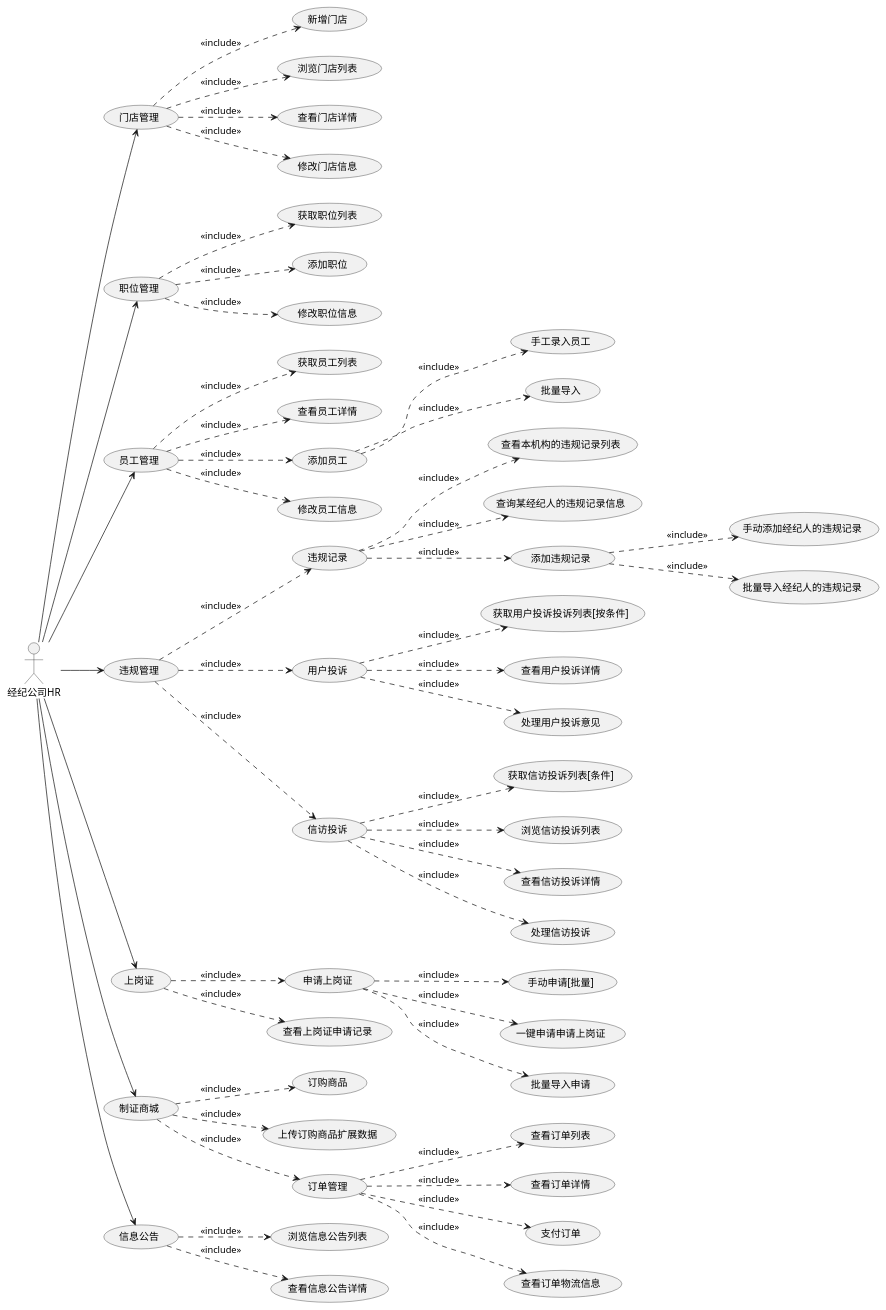
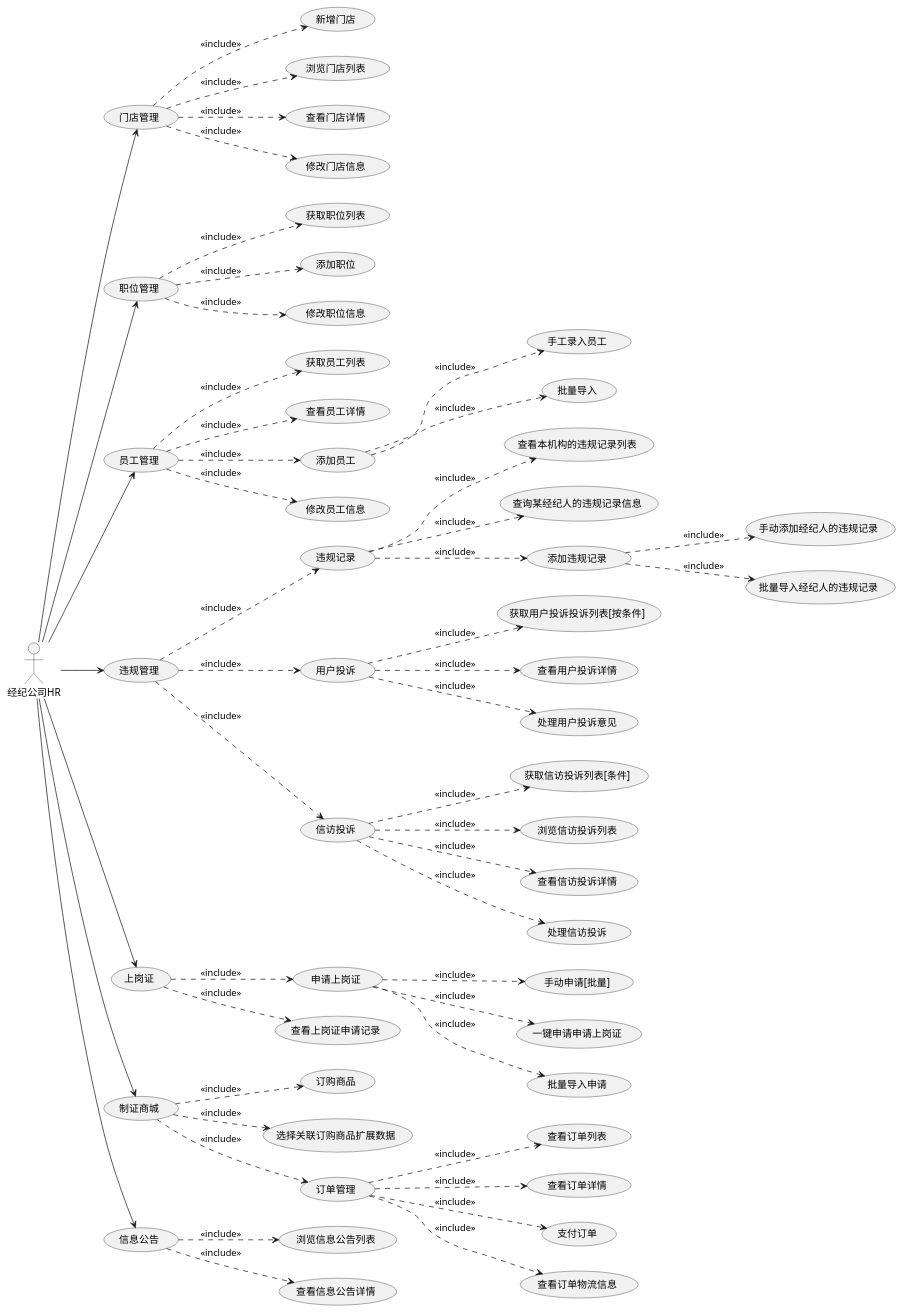
Before and after one commit to evildoerX/hyperledger-credit: the seventh of 12 diagrams in docs/credit/README.md, drawn with PlantUML. The commit also changed other lines of this file, not shown here.

```diff
--- a/docs/credit/README.md
+++ b/docs/credit/README.md
@@ -313,52 +314,52 @@
 @startuml
 left to right direction
 经纪公司HR --> (门店管理)
 (门店管理) ..> (新增门店): <<include>>
 (门店管理) ..> (浏览门店列表): <<include>>
 (门店管理) ..> (查看门店详情): <<include>>
 (门店管理) ..> (修改门店信息): <<include>>
 经纪公司HR --> (职位管理)
 (职位管理) ..> (获取职位列表): <<include>>
 (职位管理) ..> (添加职位): <<include>>
 (职位管理) ..> (修改职位信息): <<include>>
 经纪公司HR --> (员工管理)
 (员工管理) ..> (获取员工列表): <<include>>
 (员工管理) ..> (查看员工详情): <<include>>
 (员工管理) ..> (添加员工): <<include>>
 (添加员工) ..> (手工录入员工): <<include>>
 (添加员工) ..> (批量导入): <<include>>
 (员工管理) ..> (修改员工信息): <<include>>
 经纪公司HR --> (违规管理)
 (违规管理) ..> (违规记录): <<include>>
 (违规记录) ..> (查看本机构的违规记录列表): <<include>>
 (违规记录) ..> (查询某经纪人的违规记录信息): <<include>>
 (违规记录) ..> (添加违规记录): <<include>>
 (添加违规记录) ..> (手动添加经纪人的违规记录): <<include>>
 (添加违规记录) ..> (批量导入经纪人的违规记录): <<include>>
 (违规管理) ..> (用户投诉): <<include>>
 (用户投诉) ..> (获取用户投诉投诉列表[按条件]): <<include>>
 (用户投诉) ..> (查看用户投诉详情): <<include>>
 (用户投诉) ..> (处理用户投诉意见): <<include>>
 (违规管理) ..> (信访投诉): <<include>>
 (信访投诉) ..> (获取信访投诉列表[条件]): <<include>>
 (信访投诉) ..> (浏览信访投诉列表): <<include>>
 (信访投诉) ..> (查看信访投诉详情): <<include>>
 (信访投诉) ..> (处理信访投诉): <<include>>
 经纪公司HR --> (上岗证)
 (上岗证) ..> (申请上岗证): <<include>>
 (申请上岗证) ..> (手动申请[批量]): <<include>>
 (申请上岗证) ..> (一键申请申请上岗证): <<include>>
 (申请上岗证) ..> (批量导入申请): <<include>>
 (上岗证) ..> (查看上岗证申请记录): <<include>>
 经纪公司HR --> (制证商城)
 (制证商城) ..> (订购商品): <<include>>
-(制证商城) ..> (上传订购商品扩展数据): <<include>>
+(制证商城) ..> (选择关联订购商品扩展数据): <<include>>
 (制证商城) ..> (订单管理): <<include>>
 (订单管理) ..> (查看订单列表): <<include>>
 (订单管理) ..> (查看订单详情): <<include>>
 (订单管理) ..> (支付订单): <<include>>
 (订单管理) ..> (查看订单物流信息): <<include>>
 经纪公司HR --> (信息公告)
 (信息公告) ..> (浏览信息公告列表): <<include>>
 (信息公告) ..> (查看信息公告详情): <<include>>
 @enduml
```
